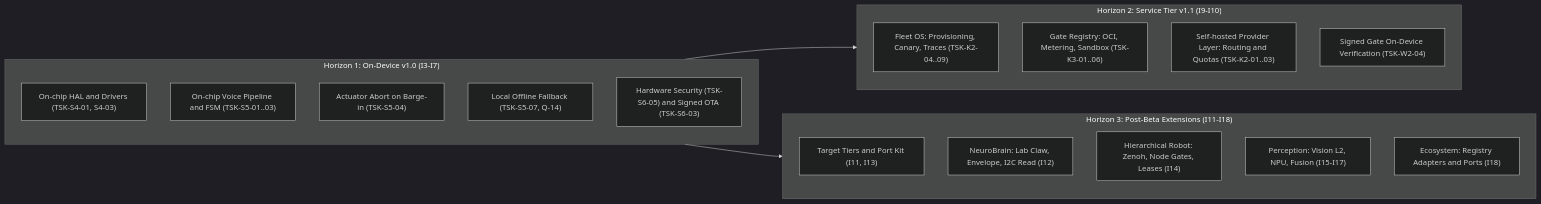
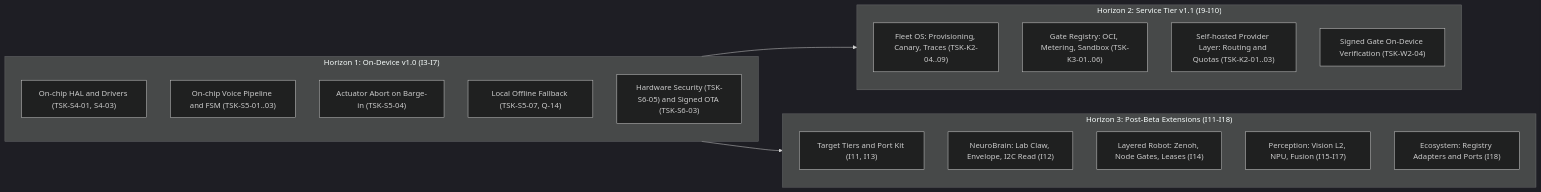
One commit to letrongminh/neuroedge-init changed the first of 8 diagrams in docs/architecture/vi/15-target-architecture.md. Above: the diagram before and after it, drawn with Mermaid (dark theme). The commit also changed other lines of this file and 17 other files, not shown here.

First line of the commit message:
docs(architecture): English mirror of chapters 15, 16 and the updated 00–14

````diff
--- a/docs/architecture/vi/15-target-architecture.md
+++ b/docs/architecture/vi/15-target-architecture.md
@@ -34,28 +34,28 @@
 ```mermaid
 flowchart LR
     subgraph H1["Horizon 1: On-Device v1.0 (I3-I7)"]
         H1_HAL["On-chip HAL and Drivers (TSK-S4-01, S4-03)"]
         H1_VOICE["On-chip Voice Pipeline and FSM (TSK-S5-01..03)"]
         H1_ABORT["Actuator Abort on Barge-in (TSK-S5-04)"]
         H1_FALLBACK["Local Offline Fallback (TSK-S5-07, Q-14)"]
         H1_SEC["Hardware Security (TSK-S6-05) and Signed OTA (TSK-S6-03)"]
     end
 
     subgraph H2["Horizon 2: Service Tier v1.1 (I9-I10)"]
         H2_FLEET["Fleet OS: Provisioning, Canary, Traces (TSK-K2-04..09)"]
         H2_REG["Gate Registry: OCI, Metering, Sandbox (TSK-K3-01..06)"]
         H2_GW["Self-hosted Provider Layer: Routing and Quotas (TSK-K2-01..03)"]
         H2_VERIF["Signed Gate On-Device Verification (TSK-W2-04)"]
     end
 
     subgraph H3["Horizon 3: Post-Beta Extensions (I11-I18)"]
         H3_TIERS["Target Tiers and Port Kit (I11, I13)"]
         H3_BRAIN["NeuroBrain: Lab Claw, Envelope, I2C Read (I12)"]
-        H3_ROBOT["Hierarchical Robot: Zenoh, Node Gates, Leases (I14)"]
+        H3_ROBOT["Layered Robot: Zenoh, Node Gates, Leases (I14)"]
         H3_VISION["Perception: Vision L2, NPU, Fusion (I15-I17)"]
         H3_ECO["Ecosystem: Registry Adapters and Ports (I18)"]
     end
 
     H1 --> H2
     H1 --> H3
 ```
````
